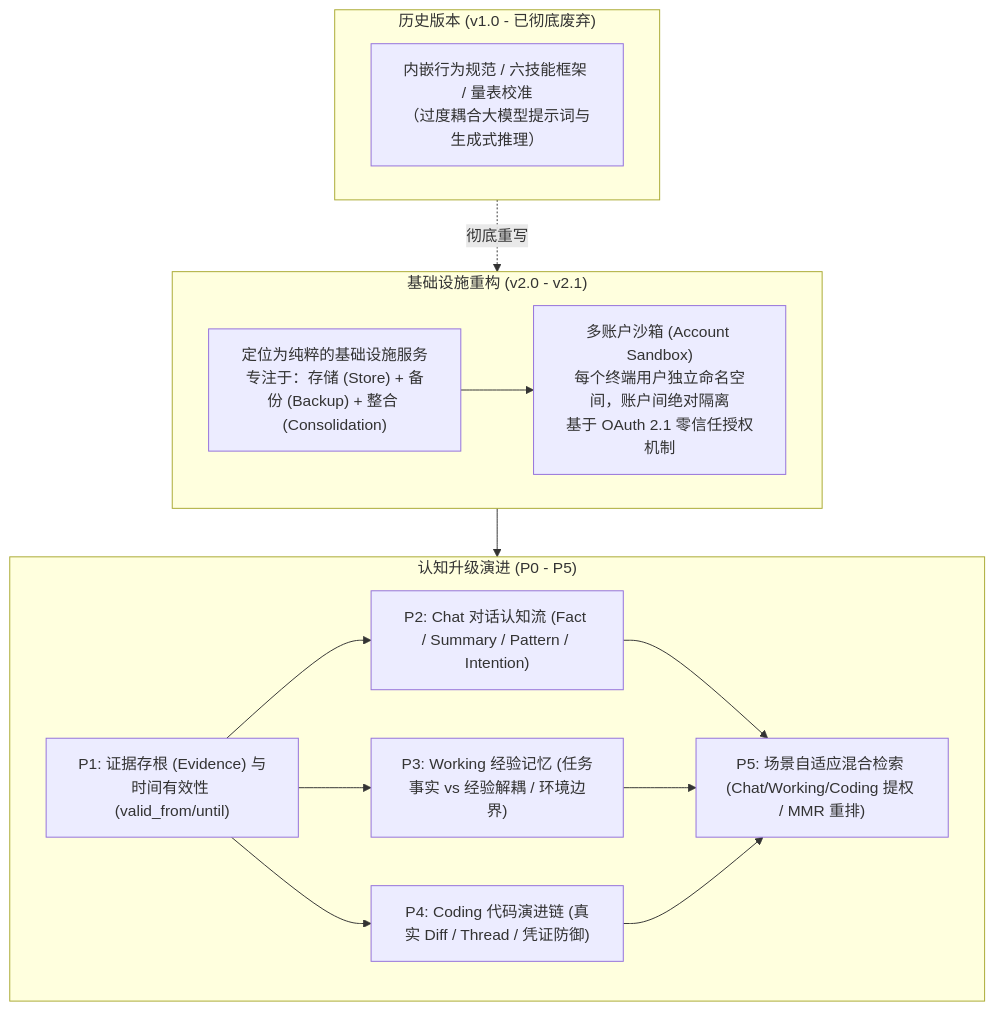
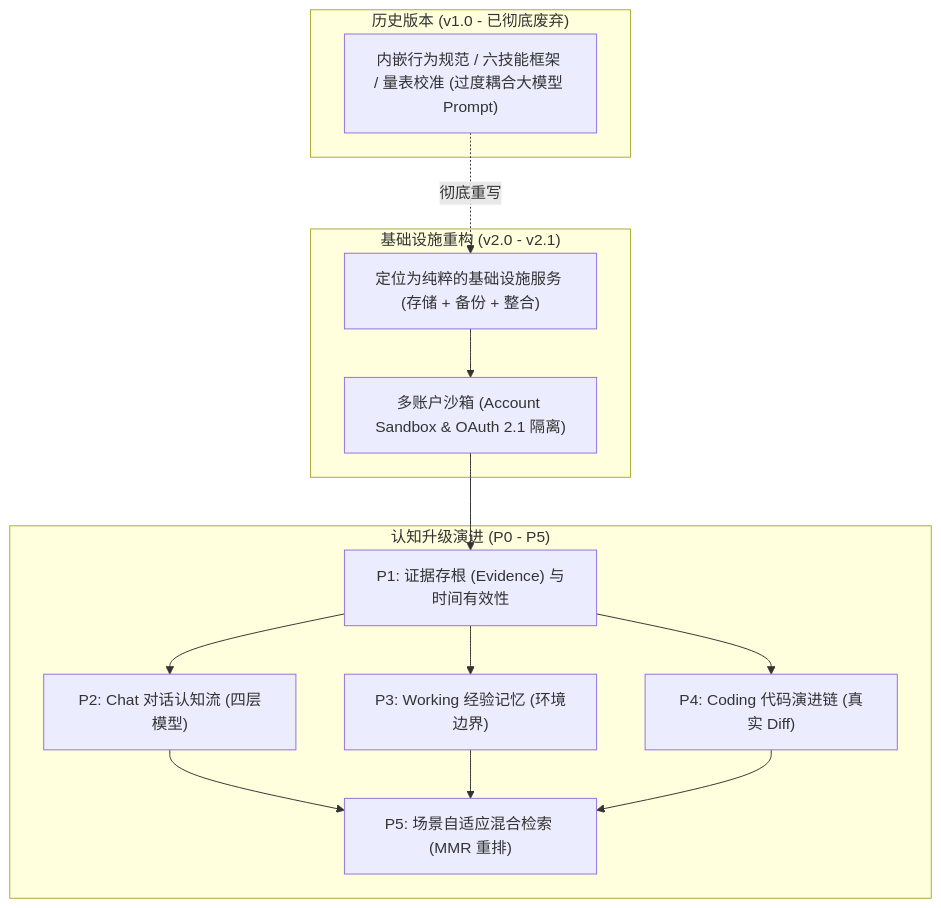
Before and after one commit to orderye/memory-hub: the first of 2 diagrams in docs/README.md, drawn with Mermaid. The commit also changed 17 other files, not shown here.

````diff
--- a/docs/README.md
+++ b/docs/README.md
@@ -27,28 +27,30 @@
 ```mermaid
 flowchart TD
     subgraph V1["历史版本 (v1.0 - 已彻底废弃)"]
-        V1_Old["内嵌行为规范 / 六技能框架 / 量表校准<br/>（过度耦合大模型提示词与生成式推理）"]
+        V1_Old["内嵌行为规范 / 六技能框架 / 量表校准 (过度耦合大模型 Prompt)"]
     end
 
     subgraph V2["基础设施重构 (v2.0 - v2.1)"]
-        V2_Core["定位为纯粹的基础设施服务<br/>专注于：存储 (Store) + 备份 (Backup) + 整合 (Consolidation)"]
-        V2_Sandbox["多账户沙箱 (Account Sandbox)<br/>每个终端用户独立命名空间，账户间绝对隔离<br/>基于 OAuth 2.1 零信任授权机制"]
+        V2_Core["定位为纯粹的基础设施服务 (存储 + 备份 + 整合)"]
+        V2_Sandbox["多账户沙箱 (Account Sandbox & OAuth 2.1 隔离)"]
         V2_Core --> V2_Sandbox
     end
 
     subgraph Cognitive["认知升级演进 (P0 - P5)"]
-        P1["P1: 证据存根 (Evidence) 与时间有效性 (valid_from/until)"]
-        P2["P2: Chat 对话认知流 (Fact / Summary / Pattern / Intention)"]
-        P3["P3: Working 经验记忆 (任务事实 vs 经验解耦 / 环境边界)"]
-        P4["P4: Coding 代码演进链 (真实 Diff / Thread / 凭证防御)"]
-        P5["P5: 场景自适应混合检索 (Chat/Working/Coding 提权 / MMR 重排)"]
+        P1["P1: 证据存根 (Evidence) 与时间有效性"]
+        P2["P2: Chat 对话认知流 (四层模型)"]
+        P3["P3: Working 经验记忆 (环境边界)"]
+        P4["P4: Coding 代码演进链 (真实 Diff)"]
+        P5["P5: 场景自适应混合检索 (MMR 重排)"]
         
         P1 --> P2
         P1 --> P3
         P1 --> P4
-        P2 & P3 & P4 --> P5
+        P2 --> P5
+        P3 --> P5
+        P4 --> P5
     end
 
-    V1 -.->|彻底重写| V2
-    V2 --> Cognitive
+    V1_Old -.->|彻底重写| V2_Core
+    V2_Sandbox --> P1
 ```
````
